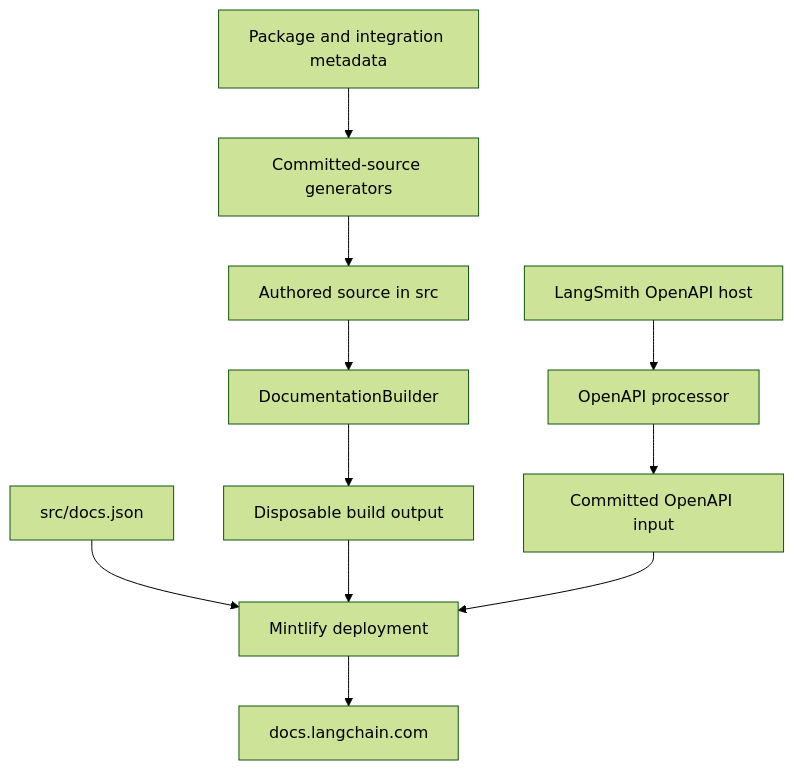
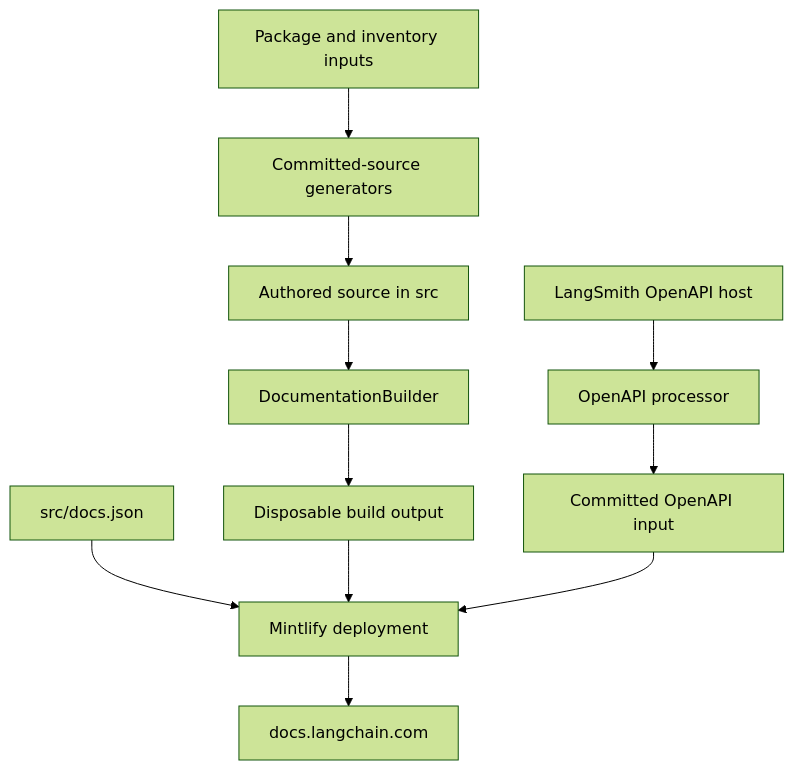
One commit to langchain-ai/docs changed the diagram in openwiki/architecture/source-map.md. Above: the diagram before and after it, drawn with Mermaid (forest theme). The commit also changed other lines of this file and 26 other files, not shown here.

````diff
--- a/openwiki/architecture/source-map.md
+++ b/openwiki/architecture/source-map.md
@@ -85,13 +99,13 @@
 ```mermaid
 flowchart TD
     Source["Authored source in src"] --> Builder["DocumentationBuilder"]
     Builder --> Output["Disposable build output"]
     Config["src/docs.json"] --> Mintlify["Mintlify deployment"]
     Output --> Mintlify
     Mintlify --> Site["docs.langchain.com"]
-    Metadata["Package and integration metadata"] --> Generators["Committed-source generators"]
+    Metadata["Package and inventory inputs"] --> Generators["Committed-source generators"]
     Generators --> Source
     Upstream["LangSmith OpenAPI host"] --> Processor["OpenAPI processor"]
     Processor --> Spec["Committed OpenAPI input"]
     Spec --> Mintlify
 ```
````
